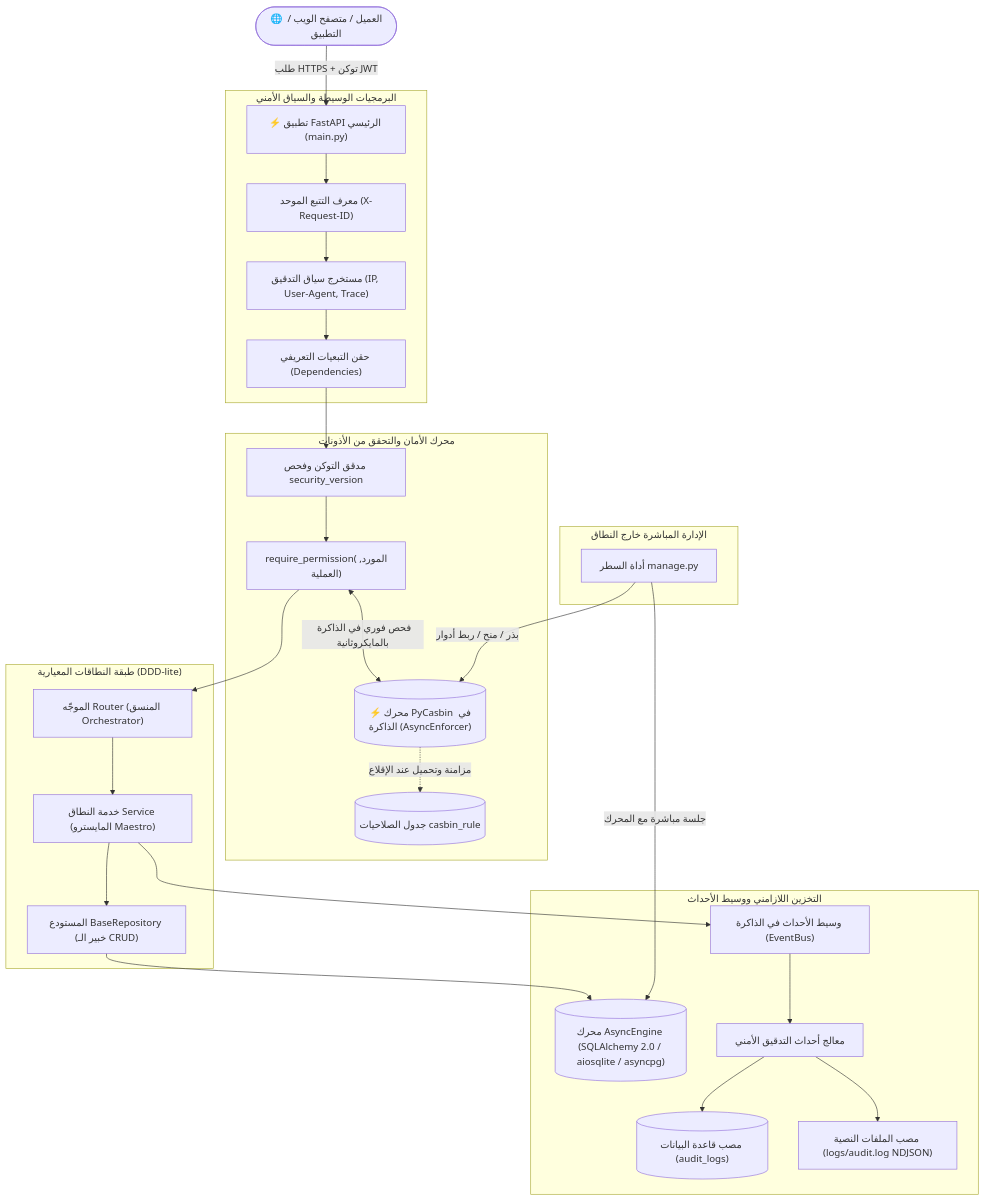
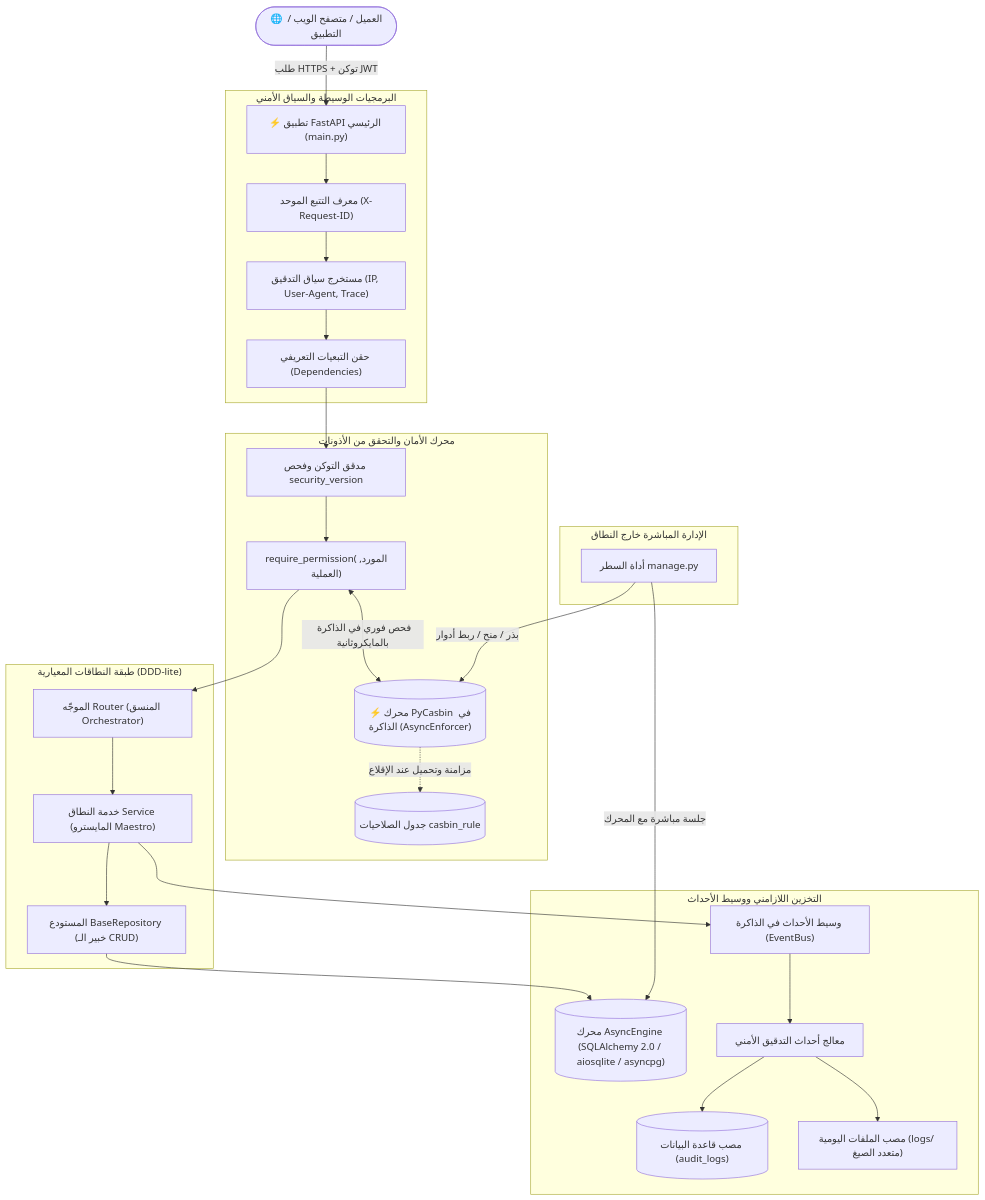
The diagram in README_AR.md (Ba-se-l/FastAPI-Base-Structure), drawn with Mermaid before and after one commit. The commit also changed other lines of this file and 51 other files, not shown here.

Commit message:
"feat(auth-audit): implement token lineage isolation, strict schema guards, and Alembic fix"

````diff
--- a/README_AR.md
+++ b/README_AR.md
@@ -37,36 +37,36 @@
 ```mermaid
 flowchart TD
     Client(["🌐 العميل / متصفح الويب / التطبيق"]) -->|طلب HTTPS + توكن JWT| Main["⚡ تطبيق FastAPI الرئيسي (main.py)"]
     
     subgraph Perimeter ["البرمجيات الوسيطة والسياق الأمني"]
         Main --> ReqId["معرف التتبع الموحد (X-Request-ID)"]
         ReqId --> AuditCtx["مستخرج سياق التدقيق (IP, User-Agent, Trace)"]
         AuditCtx --> DepFactory["حقن التبعيات التعريفي (Dependencies)"]
     end
     
     subgraph Security ["محرك الأمان والتحقق من الأذونات"]
         DepFactory --> JWTGuard["مدقق التوكن وفحص security_version"]
         JWTGuard --> CasbinGuard["require_permission(المورد, العملية)"]
         CasbinGuard <-->|فحص فوري في الذاكرة بالمايكروثانية| CasbinCache[("⚡ محرك PyCasbin في الذاكرة (AsyncEnforcer)")]
         CasbinCache -.->|مزامنة وتحميل عند الإقلاع| DB_Rules[("جدول الصلاحيات casbin_rule")]
     end
     
     subgraph Domain ["طبقة النطاقات المعيارية (DDD-lite)"]
         CasbinGuard --> Router["الموجّه Router (المنسق Orchestrator)"]
         Router --> Service["خدمة النطاق Service (المايسترو Maestro)"]
         Service --> BaseRepo["المستودع BaseRepository (خبير الـ CRUD)"]
     end
 
     subgraph Infrastructure ["التخزين اللازامني ووسيط الأحداث"]
         BaseRepo --> AsyncEngine[("محرك AsyncEngine (SQLAlchemy 2.0 / aiosqlite / asyncpg)")]
         Service --> EventBus["وسيط الأحداث في الذاكرة (EventBus)"]
         EventBus --> AuditHandler["معالج أحداث التدقيق الأمني"]
         AuditHandler --> SinkDB[("مصب قاعدة البيانات (audit_logs)")]
-        AuditHandler --> SinkFile["مصب الملفات النصية (logs/audit.log NDJSON)"]
+        AuditHandler --> SinkFile["مصب الملفات اليومية (logs/ متعدد الصيغ)"]
     end
 
     subgraph OOB ["الإدارة المباشرة خارج النطاق"]
         CLI["أداة السطر manage.py"] -->|جلسة مباشرة مع المحرك| AsyncEngine
         CLI -->|بذر / منح / ربط أدوار| CasbinCache
     end
 ```
````
